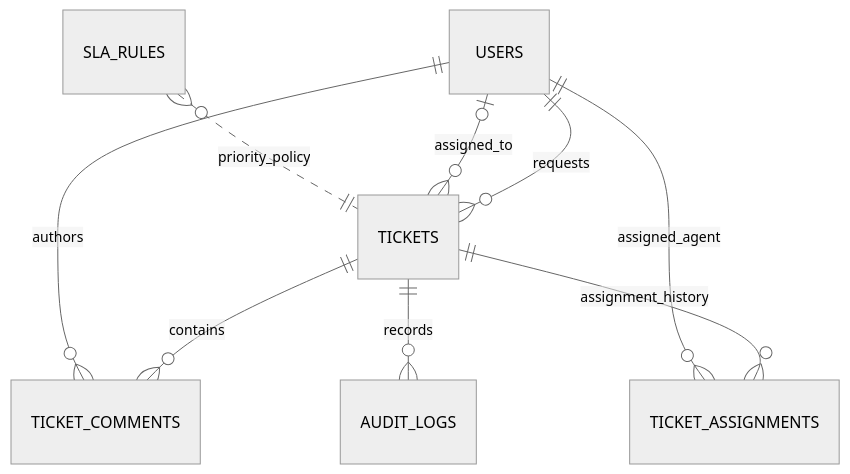
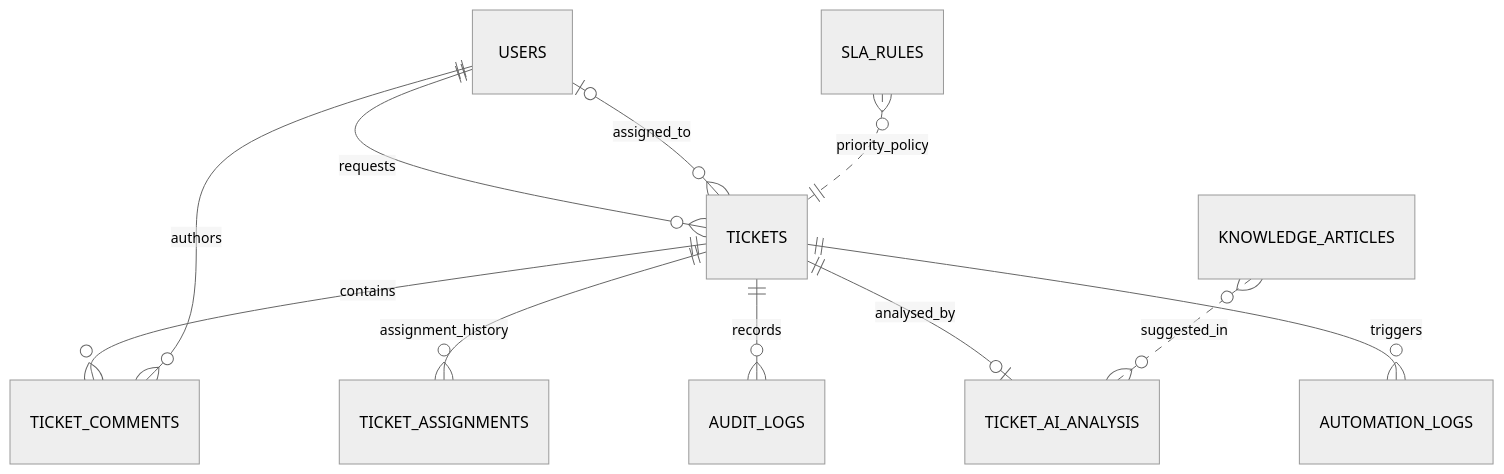
Before and after one commit to jamelahallal/HelpDeskAI: the second of 2 diagrams in ARCHITECTURE.md, drawn with Mermaid (neutral theme). The commit also changed other lines of this file and 47 other files, not shown here.

````diff
--- a/ARCHITECTURE.md
+++ b/ARCHITECTURE.md
@@ -54,11 +75,13 @@
 ```mermaid
 erDiagram
   USERS ||--o{ TICKETS : requests
   USERS o|--o{ TICKETS : assigned_to
   TICKETS ||--o{ TICKET_COMMENTS : contains
   USERS ||--o{ TICKET_COMMENTS : authors
   TICKETS ||--o{ TICKET_ASSIGNMENTS : assignment_history
-  USERS ||--o{ TICKET_ASSIGNMENTS : assigned_agent
   TICKETS ||--o{ AUDIT_LOGS : records
+  TICKETS ||--o| TICKET_AI_ANALYSIS : analysed_by
+  TICKETS ||--o{ AUTOMATION_LOGS : triggers
   SLA_RULES }o..|| TICKETS : priority_policy
+  KNOWLEDGE_ARTICLES }o..o{ TICKET_AI_ANALYSIS : suggested_in
 ```
````
